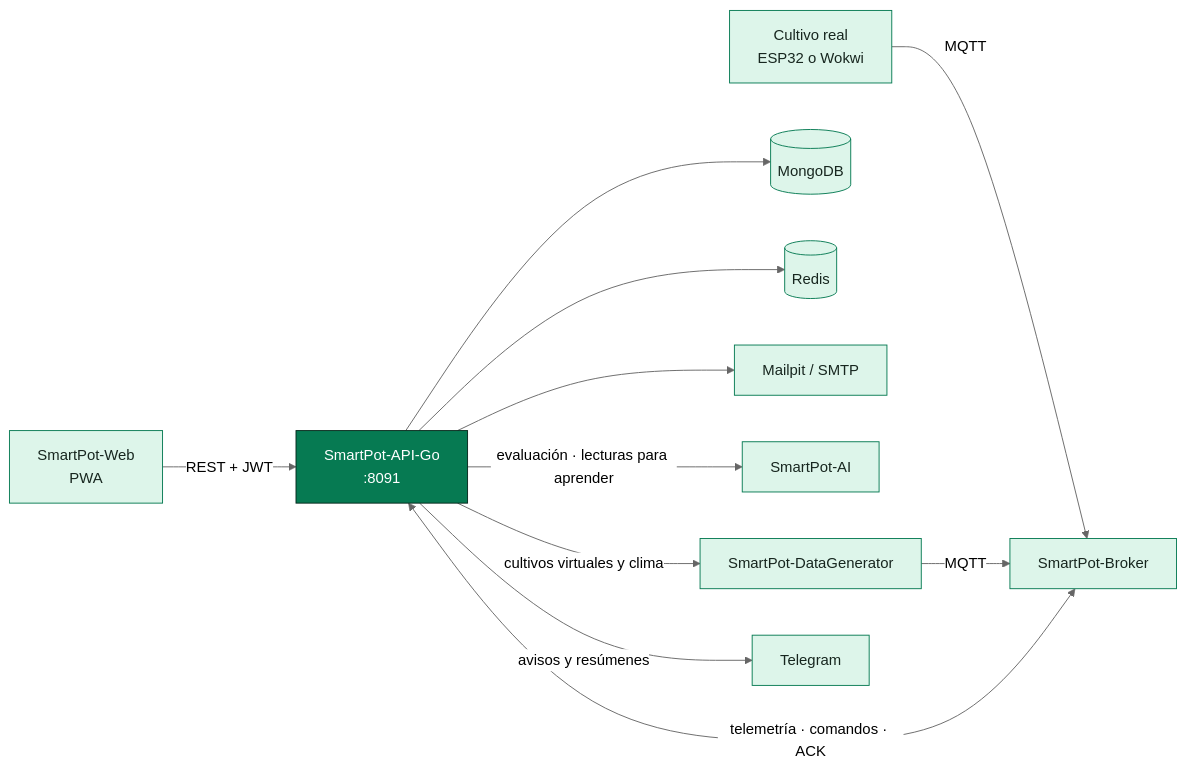
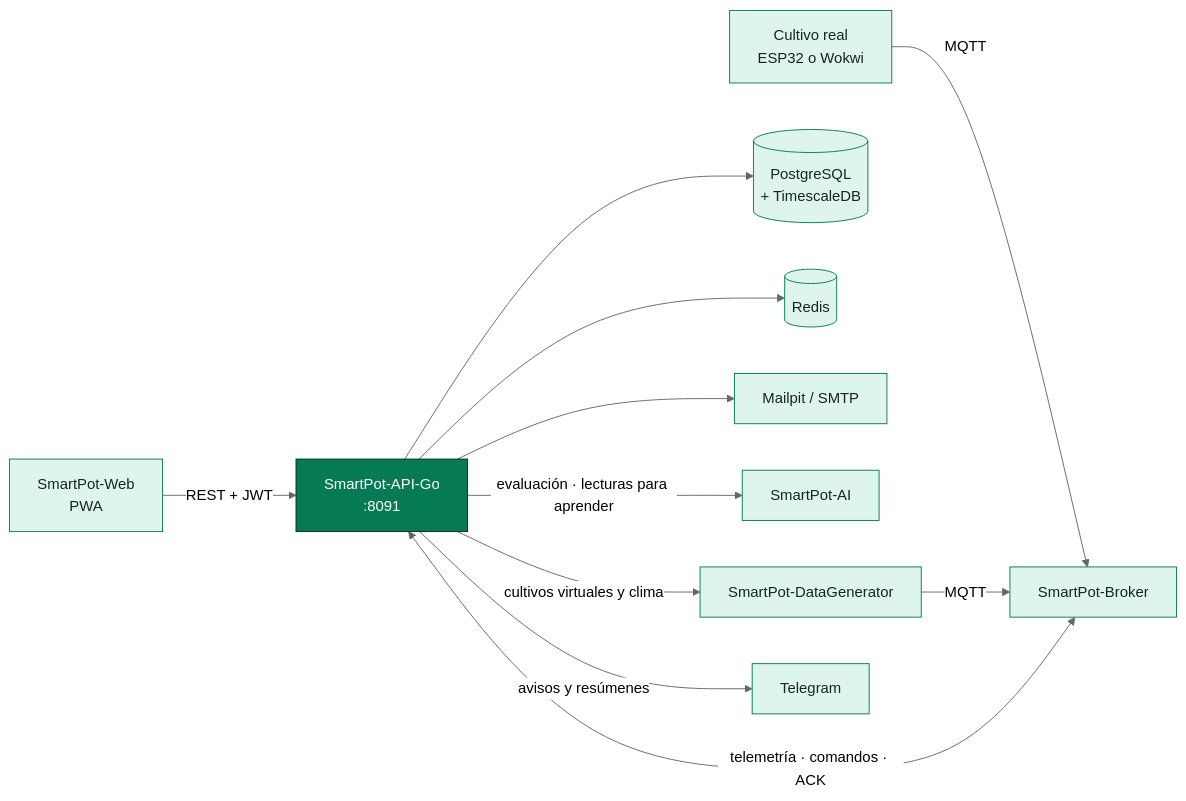
One commit to SmartPotTech/SmartPot-API-Go changed the diagram in README.md. Above: the diagram before and after it, drawn with Mermaid (neutral theme). The commit also changed other lines of this file, not shown here.

Commit message:
Update README for PostgreSQL, TimescaleDB and ports-and-adapters

````diff
--- a/README.md
+++ b/README.md
@@ -24,18 +25,18 @@
 ```mermaid
 flowchart LR
   web["SmartPot-Web<br/>PWA"] -->|"REST + JWT"| api["SmartPot-API-Go<br/>:8091"]
   esp["Cultivo real<br/>ESP32 o Wokwi"] -->|"MQTT"| broker["SmartPot-Broker"]
   broker <-->|"telemetría · comandos · ACK"| api
-  api --> db[("MongoDB")]
+  api --> db[("PostgreSQL<br/>+ TimescaleDB")]
   api --> cache[("Redis")]
   api --> mail["Mailpit / SMTP"]
   api -->|"evaluación · lecturas para aprender"| ai["SmartPot-AI"]
   api -->|"cultivos virtuales y clima"| sim["SmartPot-DataGenerator"]
   sim -->|"MQTT"| broker
   api -->|"avisos y resúmenes"| tg["Telegram"]
 
   classDef core fill:#067A52,stroke:#06281C,color:#fff;
   classDef ext fill:#DDF5EA,stroke:#067A52,color:#17261F;
   class api core;
   class web,esp,broker,db,cache,mail,ai,sim,tg ext;
 ```
````
